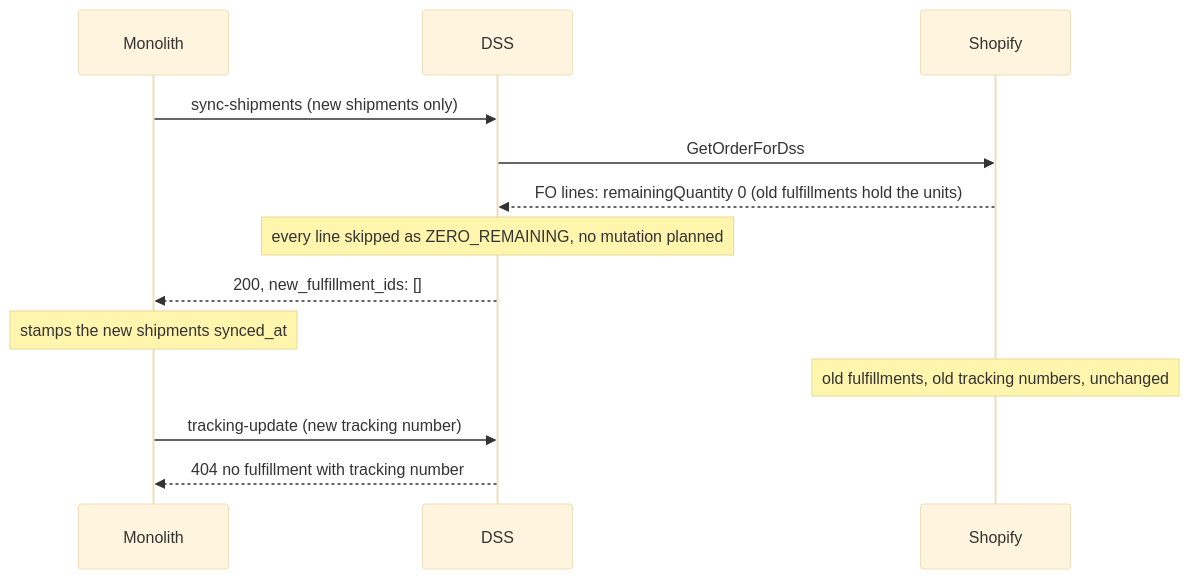
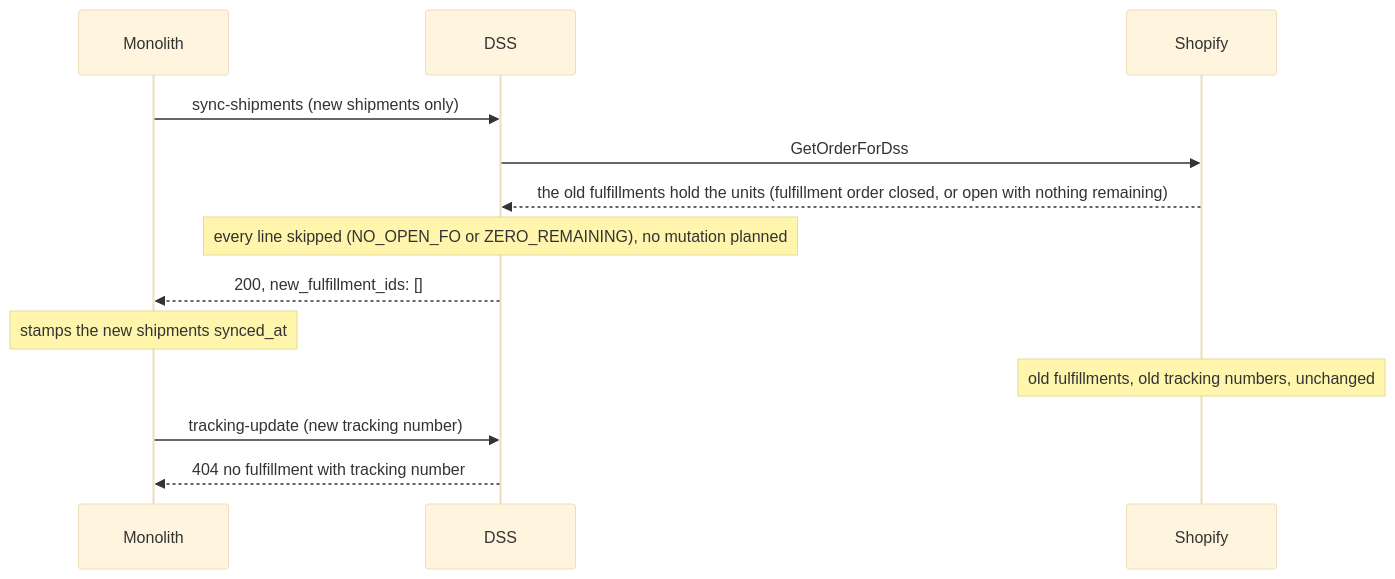
One commit to cies/kotlin-graphql-example changed the diagram in specs/shipment-sync-by-tracking-number/000-analysis-cancel-and-recreate.md. Above: the diagram before and after it, drawn with Mermaid (base theme). The commit also changed other lines of this file and 14 other files, not shown here.

````diff
--- a/specs/shipment-sync-by-tracking-number/000-analysis-cancel-and-recreate.md
+++ b/specs/shipment-sync-by-tracking-number/000-analysis-cancel-and-recreate.md
@@ -83,15 +124,15 @@
 ```mermaid
 sequenceDiagram
   participant M as Monolith
   participant D as DSS
   participant S as Shopify
   M->>D: sync-shipments (new shipments only)
   D->>S: GetOrderForDss
-  S-->>D: FO lines: remainingQuantity 0 (old fulfillments hold the units)
-  Note over D: every line skipped as ZERO_REMAINING, no mutation planned
+  S-->>D: the old fulfillments hold the units (fulfillment order closed, or open with nothing remaining)
+  Note over D: every line skipped (NO_OPEN_FO or ZERO_REMAINING), no mutation planned
   D-->>M: 200, new_fulfillment_ids: []
   Note over M: stamps the new shipments synced_at
   Note over S: old fulfillments, old tracking numbers, unchanged
   M->>D: tracking-update (new tracking number)
   D-->>M: 404 no fulfillment with tracking number
 ```
````
